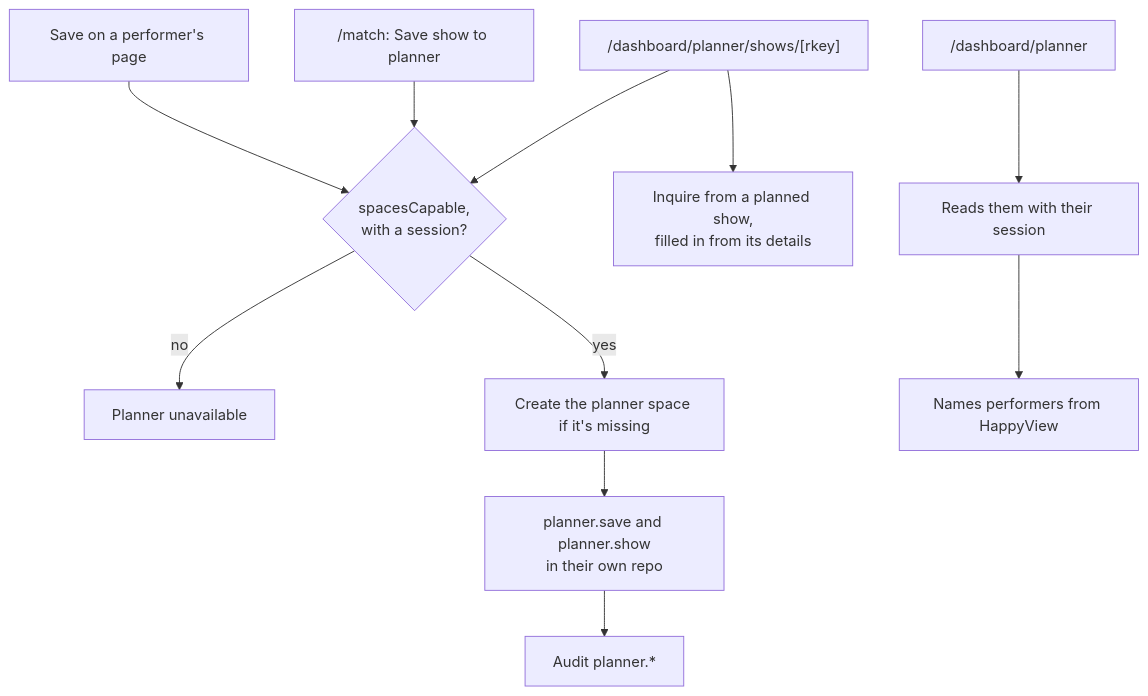
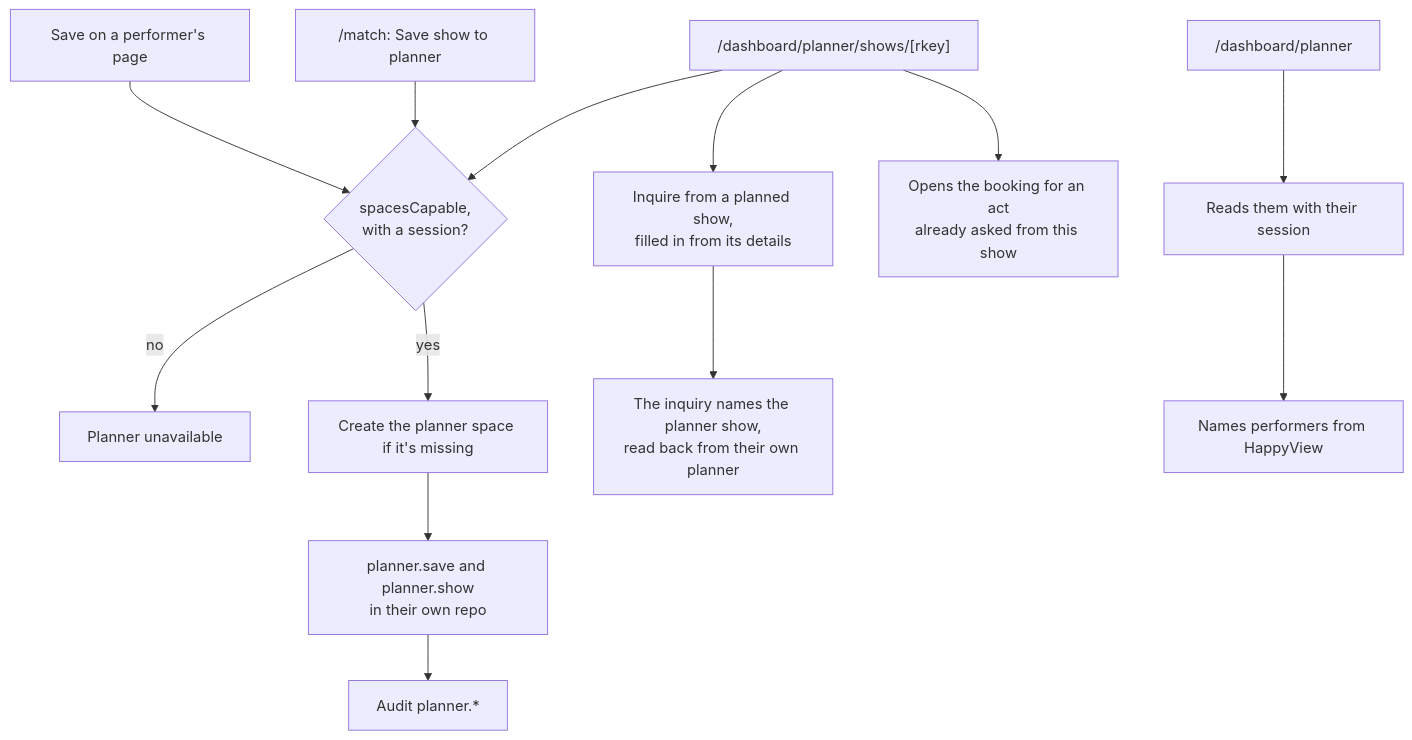
Before and after one commit to cutenode/localnetwork: the sixth of 9 diagrams in apps/web/docs/diagrams/profiles-and-bookings.md, drawn with Mermaid. The commit also changed other lines of this file and 22 other files, not shown here.

First line of the commit message:
feat(web): link a booking to its planner show and its announced show

````diff
--- a/apps/web/docs/diagrams/profiles-and-bookings.md
+++ b/apps/web/docs/diagrams/profiles-and-bookings.md
@@ -129,13 +129,15 @@
 ```mermaid
 flowchart TD
   Save["Save on a performer's page"] --> Client{"spacesCapable,<br/>with a session?"}
   Night["/match: Save show to planner"] --> Client
   Show["/dashboard/planner/shows/[rkey]"] --> Client
   Show --> Inquire["Inquire from a planned show,<br/>filled in from its details"]
+  Inquire --> Named["The inquiry names the planner show,<br/>read back from their own planner"]
+  Show --> Booked["Opens the booking for an act<br/>already asked from this show"]
   Client -- "no" --> Off["Planner unavailable"]
   Client -- "yes" --> Ensure["Create the planner space if it's missing"]
   Ensure --> Records["planner.save and planner.show<br/>in their own repo"]
   Records --> Audit["Audit planner.*"]
   Page["/dashboard/planner"] --> Read["Reads them with their session"]
   Read --> Names["Names performers from HappyView"]
 ```
````
